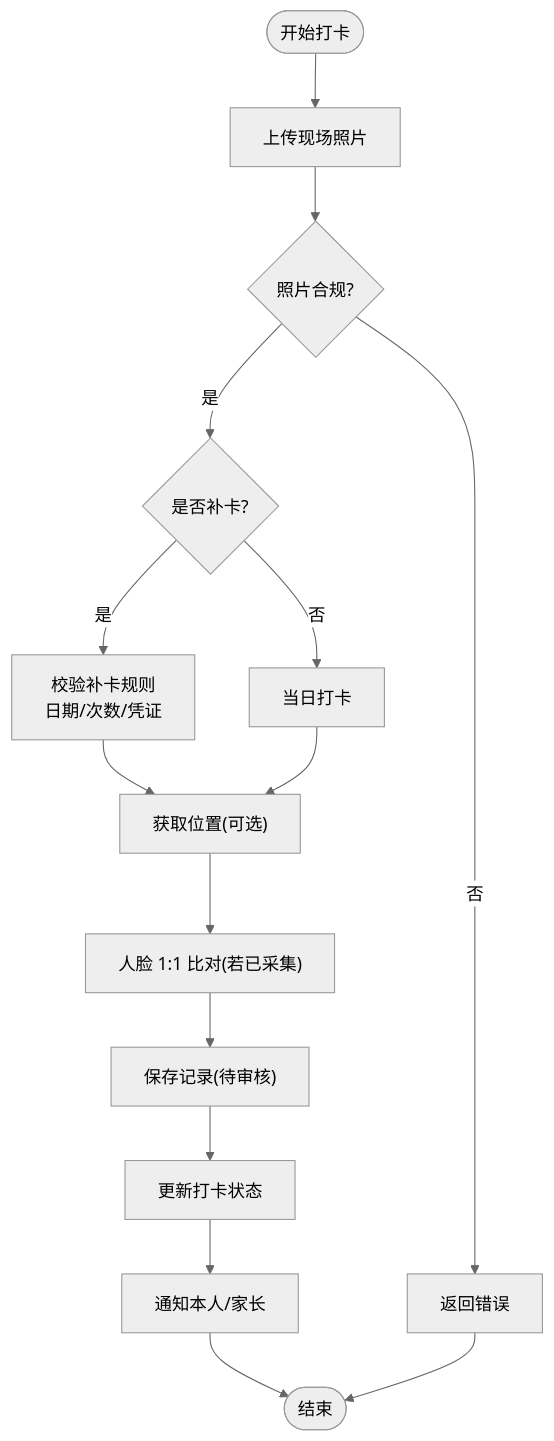
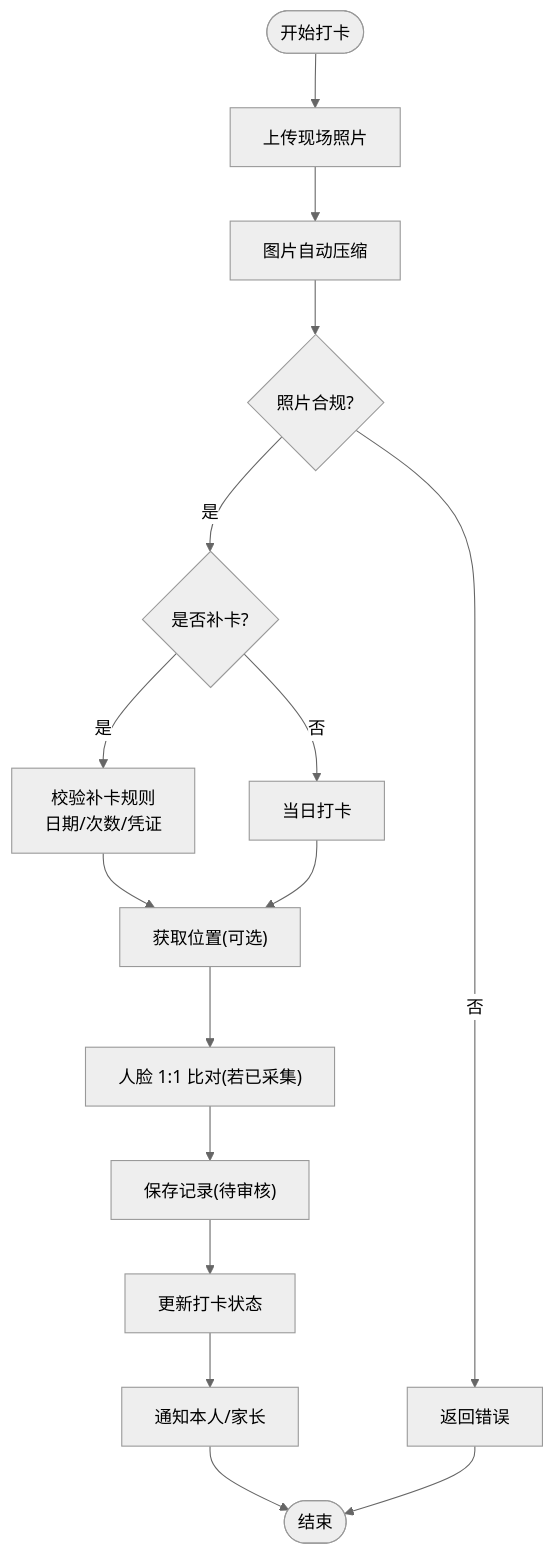
One commit to onebody/homework changed the ninth of 16 diagrams in .qoder/repowiki/zh/content/暑假作业打卡系统/前端应用设计/学生端应用.md. Above: the diagram before and after it, drawn with Mermaid (neutral theme). The commit also changed other lines of this file and 35 other files, not shown here.

````diff
--- a/.qoder/repowiki/zh/content/暑假作业打卡系统/前端应用设计/学生端应用.md
+++ b/.qoder/repowiki/zh/content/暑假作业打卡系统/前端应用设计/学生端应用.md
@@ -448,17 +548,18 @@
 ```mermaid
 flowchart TD
 Start(["开始打卡"]) --> Photo["上传现场照片"]
-Photo --> Valid{"照片合规?"}
+Photo --> Compress["图片自动压缩"]
+Compress --> Valid{"照片合规?"}
 Valid -- 否 --> ErrPhoto["返回错误"]
 Valid -- 是 --> Type{"是否补卡?"}
 Type -- 是 --> Makeup["校验补卡规则<br/>日期/次数/凭证"]
 Type -- 否 --> Normal["当日打卡"]
 Makeup --> Geo["获取位置(可选)"]
 Normal --> Geo
 Geo --> Face["人脸 1:1 比对(若已采集)"]
 Face --> Save["保存记录(待审核)"]
 Save --> UpdateStatus["更新打卡状态"]
 UpdateStatus --> Notify["通知本人/家长"]
 Notify --> End(["结束"])
 ErrPhoto --> End
 ```
````
